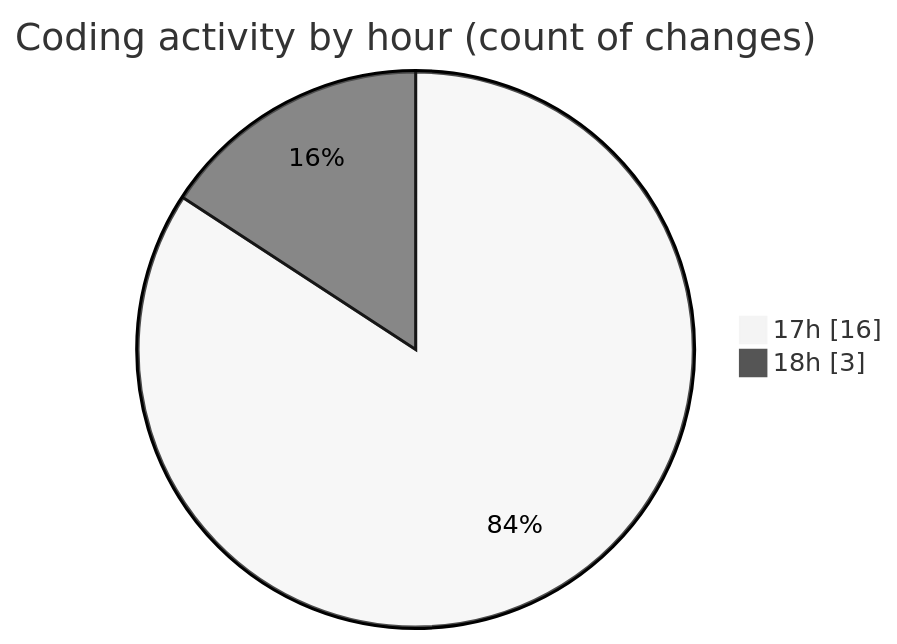
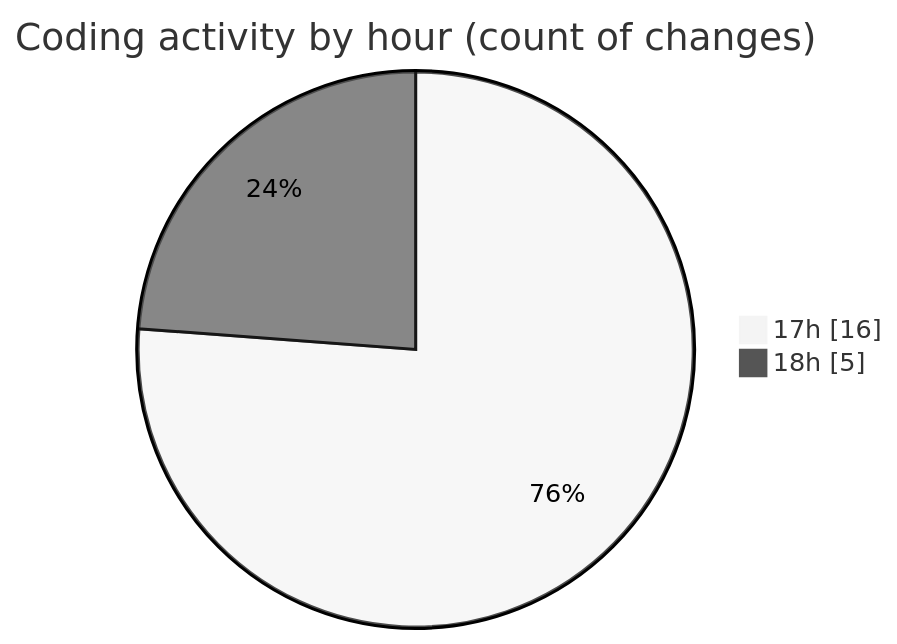
The second of 2 diagrams in 2025-06-28/navtech/README.md (JenPaints/code-tracking), drawn with Mermaid (neutral theme) before and after one commit. The commit also changed other lines of this file and 1 other file, not shown here.

````diff
--- a/2025-06-28/navtech/README.md
+++ b/2025-06-28/navtech/README.md
@@ -39,6 +39,6 @@
 ```mermaid
 pie showData
 title Coding activity by hour (count of changes)
 "17h" : 16
-"18h" : 3
+"18h" : 5
 ```
````
